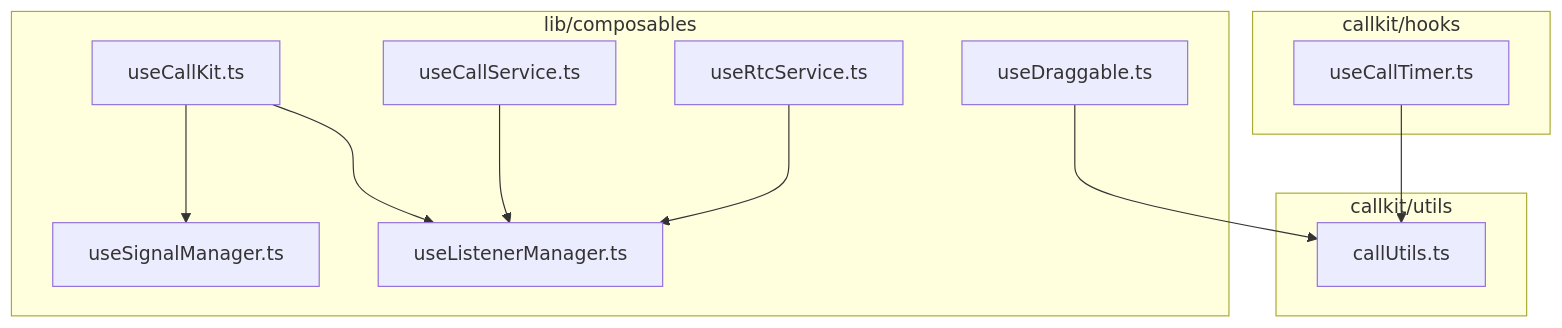
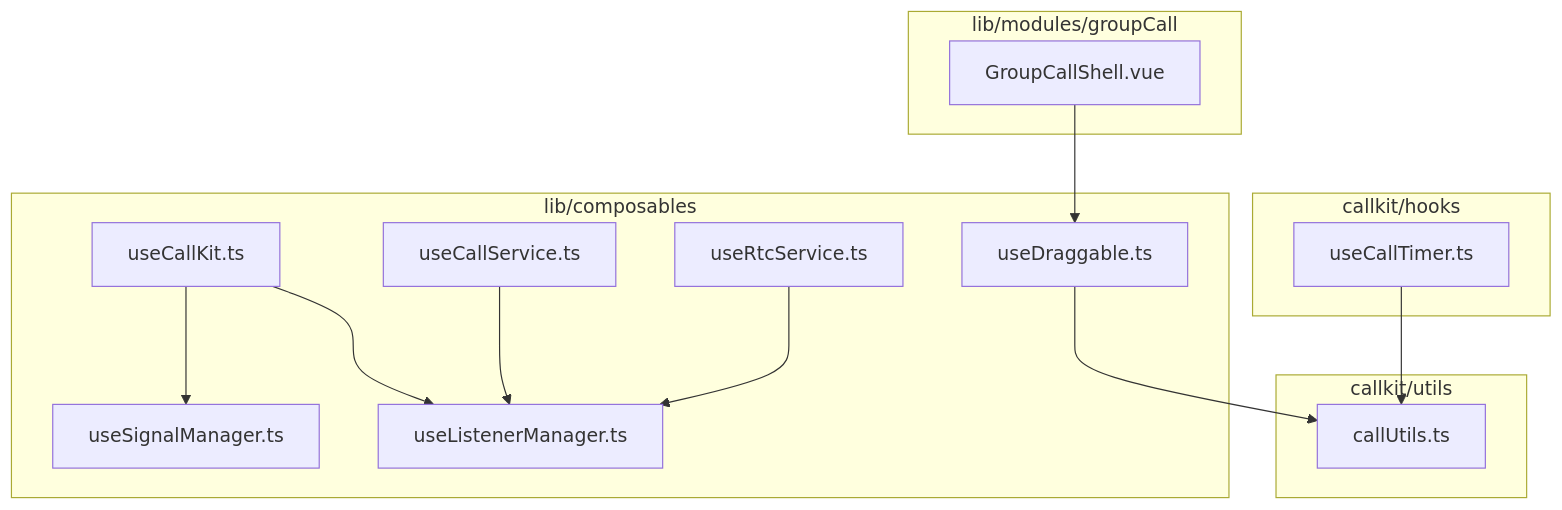
The first of 5 diagrams in .qoder/repowiki/zh/content/组合式 API/工具类组合式函数.md (Easemob-Community/easemob-uikit-callkit-vue3), drawn with Mermaid before and after one commit. The commit also changed other lines of this file and 54 other files, not shown here.

````diff
--- a/.qoder/repowiki/zh/content/组合式 API/工具类组合式函数.md
+++ b/.qoder/repowiki/zh/content/组合式 API/工具类组合式函数.md
@@ -46,23 +48,27 @@
 ```mermaid
 graph TB
 subgraph "lib/composables"
 CK["useCallKit.ts"]
 CS["useCallService.ts"]
 RS["useRtcService.ts"]
 SM["useSignalManager.ts"]
 LM["useListenerManager.ts"]
 DG["useDraggable.ts"]
 end
 subgraph "callkit/hooks"
 CT["useCallTimer.ts"]
 end
 subgraph "callkit/utils"
 CU["callUtils.ts"]
 end
+subgraph "lib/modules/groupCall"
+GCS["GroupCallShell.vue"]
+end
 CT --> CU
 CK --> SM
 CK --> LM
 CS --> LM
 RS --> LM
 DG --> CU
+GCS --> DG
 ```
````
